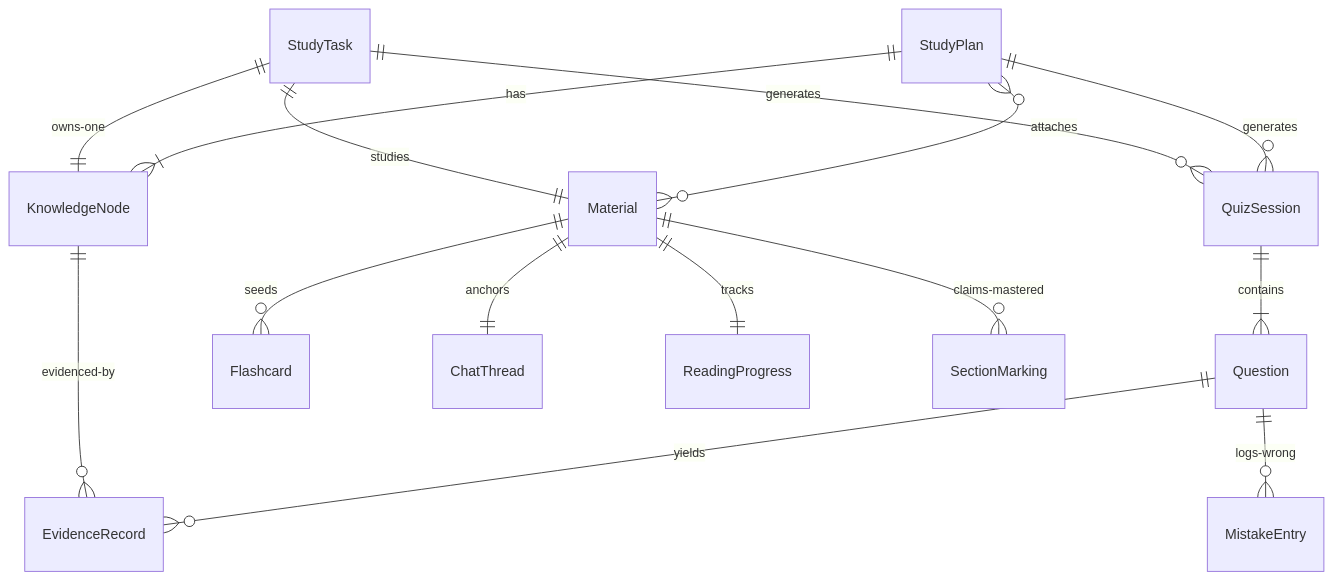
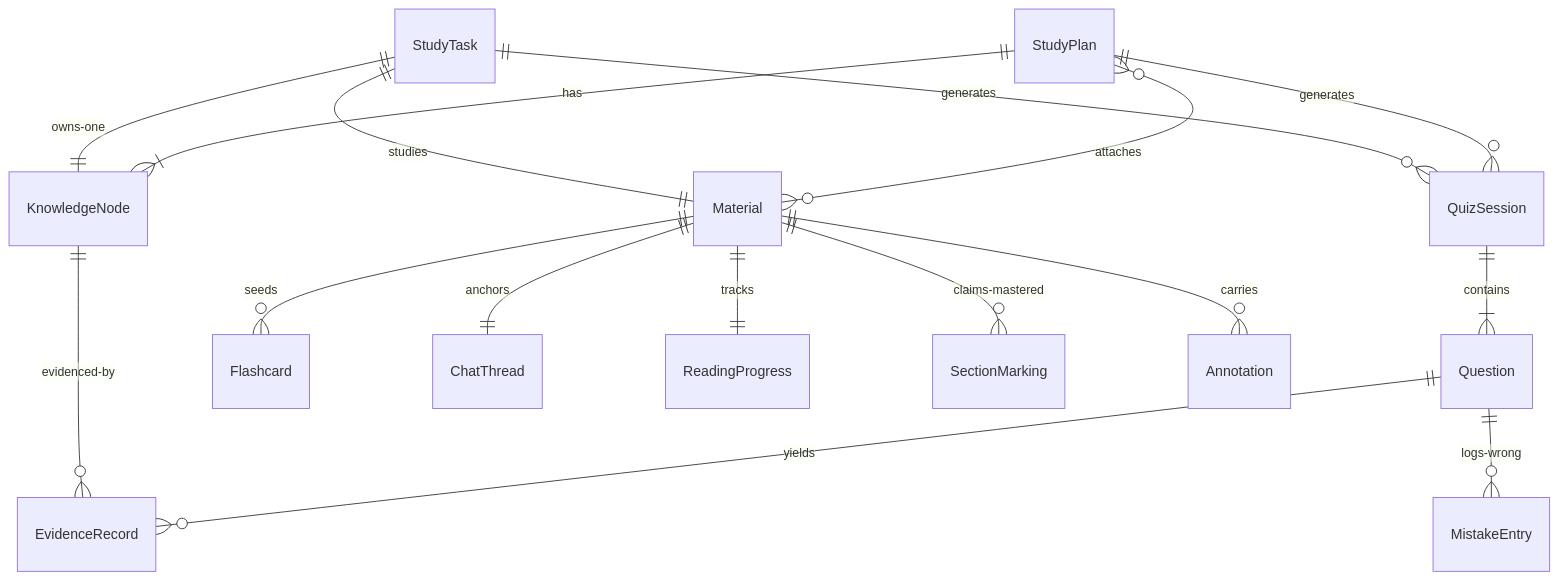
The third of 4 diagrams in docs/architecture/architecture-synapse/architecture-synapse.md (YinanZhaoXometry/synapse), drawn with Mermaid before and after one commit. The commit also changed other lines of this file and 3 other files, not shown here.

First line of the commit message:
docs(architecture): spine update — Phase-2 backend + monorepo (AD-12..20)

````diff
--- a/docs/architecture/architecture-synapse/architecture-synapse.md
+++ b/docs/architecture/architecture-synapse/architecture-synapse.md
@@ -162,17 +278,18 @@
 ```mermaid
 erDiagram
     StudyPlan ||--|{ KnowledgeNode : has
     StudyPlan }o--o{ Material : attaches
     StudyTask ||--|| Material : studies
     StudyTask ||--|| KnowledgeNode : owns-one
     StudyPlan ||--o{ QuizSession : generates
     StudyTask ||--o{ QuizSession : generates
     QuizSession ||--|{ Question : contains
     Question ||--o{ EvidenceRecord : yields
     KnowledgeNode ||--o{ EvidenceRecord : evidenced-by
     Material ||--o{ Flashcard : seeds
     Question ||--o{ MistakeEntry : logs-wrong
     Material ||--|| ChatThread : anchors
     Material ||--|| ReadingProgress : tracks
     Material ||--o{ SectionMarking : claims-mastered
+    Material ||--o{ Annotation : carries
 ```
````
